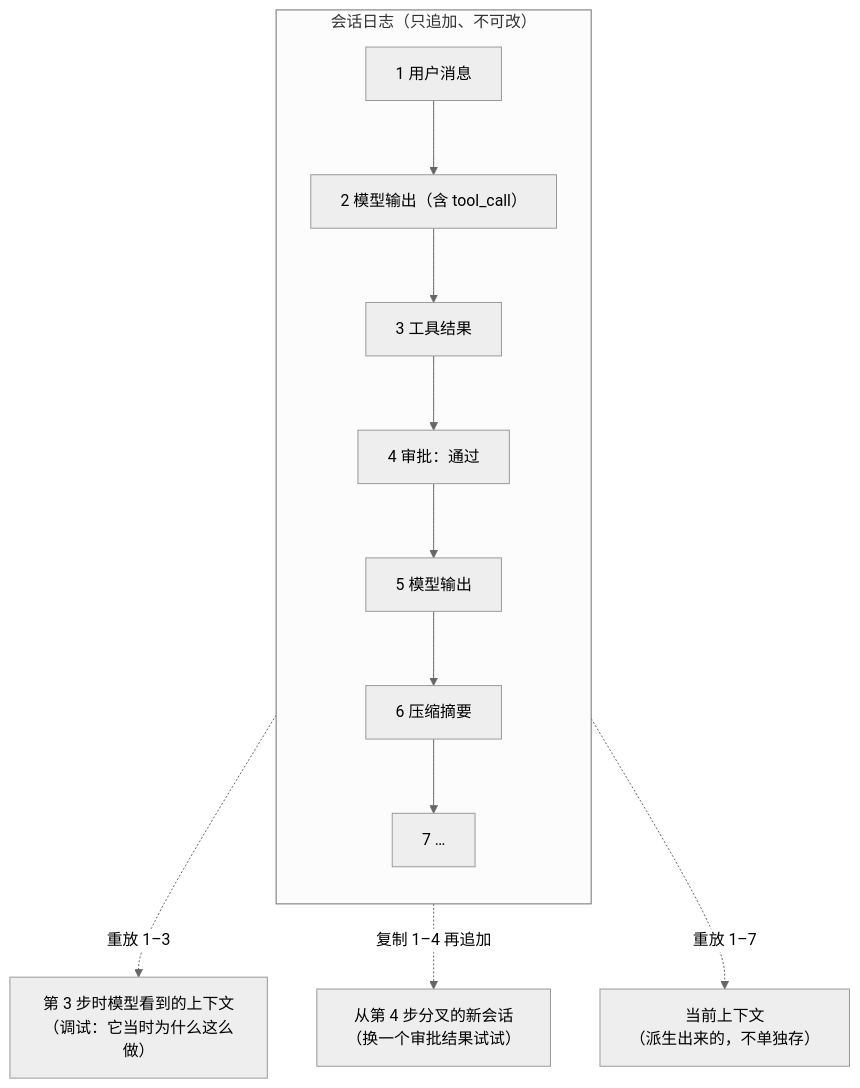
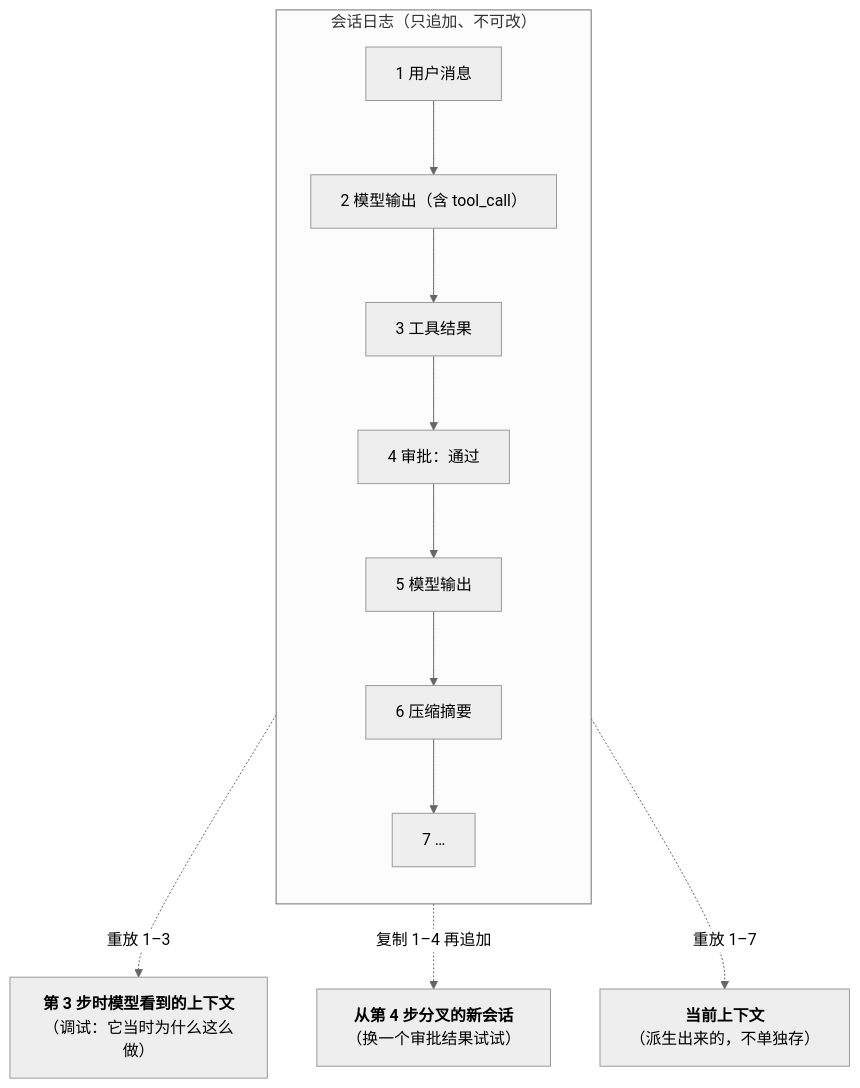
The first of 5 diagrams in _posts/2026-10-23-agent-runtime-sessions-persistence-and-durable-execution.md (arganzheng/arganzheng.github.com), drawn with Mermaid (neutral theme) before and after one commit. The commit also changed other lines of this file and 9 other files, not shown here.

First line of the commit message:
工具、Agent 与 harness：模型怎么从回答变成做事：Mermaid 多行方框的首行标为标题（10 篇）

````diff
--- a/_posts/2026-10-23-agent-runtime-sessions-persistence-and-durable-execution.md
+++ b/_posts/2026-10-23-agent-runtime-sessions-persistence-and-durable-execution.md
@@ -50,12 +50,12 @@
 ```mermaid
 %%{init: {"flowchart": {"wrappingWidth": 200}}}%%
 %% 图：会话日志的事件溯源：只追加不可改，重放到第 3 步得到当时的上下文，复制前缀再追加就是分叉，当前上下文是派生出来的
 flowchart TB
     subgraph LOG["会话日志（只追加、不可改）"]
         direction TB
         E1["1 用户消息"] --> E2["2 模型输出（含 tool_call）"] --> E3["3 工具结果"] --> E4["4 审批：通过"] --> E5["5 模型输出"] --> E6["6 压缩摘要"] --> E7["7 …"]
     end
-    E3 -. "重放 1–3" .-> D["第 3 步时模型看到的上下文<br/>（调试：它当时为什么这么做）"]
-    E4 -. "复制 1–4 再追加" .-> F["从第 4 步分叉的新会话<br/>（换一个审批结果试试）"]
-    E7 -. "重放 1–7" .-> C["当前上下文<br/>（派生出来的，不单独存）"]
+    E3 -. "重放 1–3" .-> D["<b>第 3 步时模型看到的上下文</b><br/>（调试：它当时为什么这么做）"]
+    E4 -. "复制 1–4 再追加" .-> F["<b>从第 4 步分叉的新会话</b><br/>（换一个审批结果试试）"]
+    E7 -. "重放 1–7" .-> C["<b>当前上下文</b><br/>（派生出来的，不单独存）"]
 ```
````
